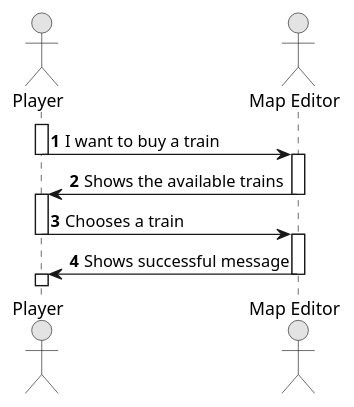
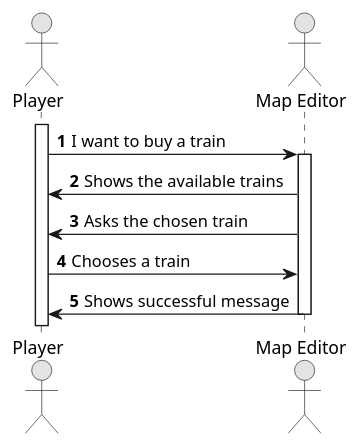
Before and after one commit to goncalolopesp/sem2-pi-24.25-g093-repo: the diagram in docs/system-documentation/US009/01.requirements-engineering/puml/US009-SSD.puml, drawn with PlantUML. The commit also changed 4 other files, not shown here.

Commit message:
Updated US007 and 009 analysis diagram

```diff
--- a/docs/system-documentation/US009/01.requirements-engineering/puml/US009-SSD.puml
+++ b/docs/system-documentation/US009/01.requirements-engineering/puml/US009-SSD.puml
@@ -1,29 +1,24 @@
 @startuml
 skinparam monochrome true
 skinparam packageStyle rectangle
 skinparam shadowing false
 
 autonumber
 
 actor "Player" as Player
 actor "Map Editor" as MapEditor
 
 activate Player
 
     Player -> MapEditor : I want to buy a train
-    deactivate Player
     activate MapEditor
 
     MapEditor -> Player : Shows the available trains
-    deactivate MapEditor
-    activate Player
+    MapEditor -> Player : Asks the chosen train
 
     Player -> MapEditor : Chooses a train
-    deactivate Player
-    activate MapEditor
 
     MapEditor -> Player : Shows successful message
     deactivate MapEditor
-    activate Player
 
 @enduml
```
